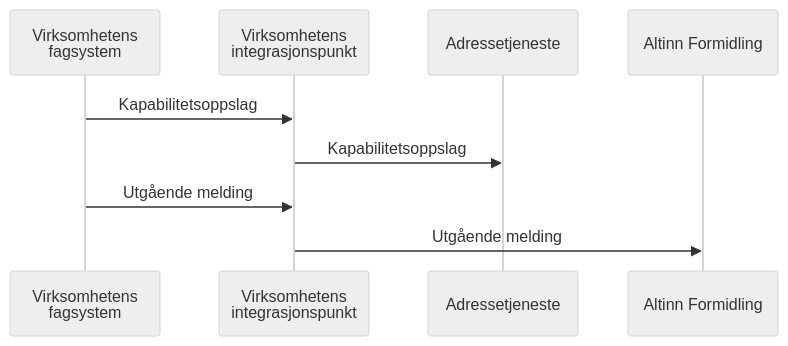
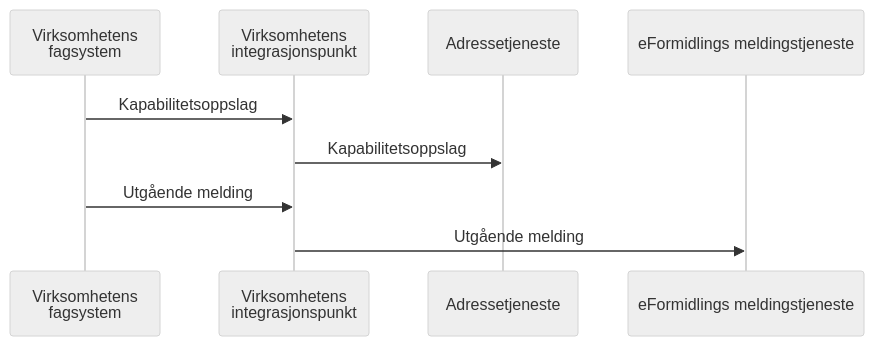
One commit to felleslosninger/docs changed the first of 2 diagrams in _docs/eFormidling/Funksjonalitet/eformidling_funksjonalitet_avtalt.md. Above: the diagram before and after it, drawn with Mermaid (neutral theme). The commit also changed other lines of this file and 74 other files, not shown here.

```diff
--- a/_docs/eFormidling/Funksjonalitet/eformidling_funksjonalitet_avtalt.md
+++ b/_docs/eFormidling/Funksjonalitet/eformidling_funksjonalitet_avtalt.md
@@ -48,11 +66,11 @@
 <div class="mermaid">
 sequenceDiagram
 participant A as Virksomhetens<br>fagsystem
 participant B as Virksomhetens<br>integrasjonspunkt
 participant C as Adressetjeneste
-participant D as Altinn Formidling
+participant D as eFormidlings meldingstjeneste
 A->>B: Kapabilitetsoppslag
 B->>C: Kapabilitetsoppslag
 A->>B: Utgående melding
 B->>D: Utgående melding
 </div>
```
